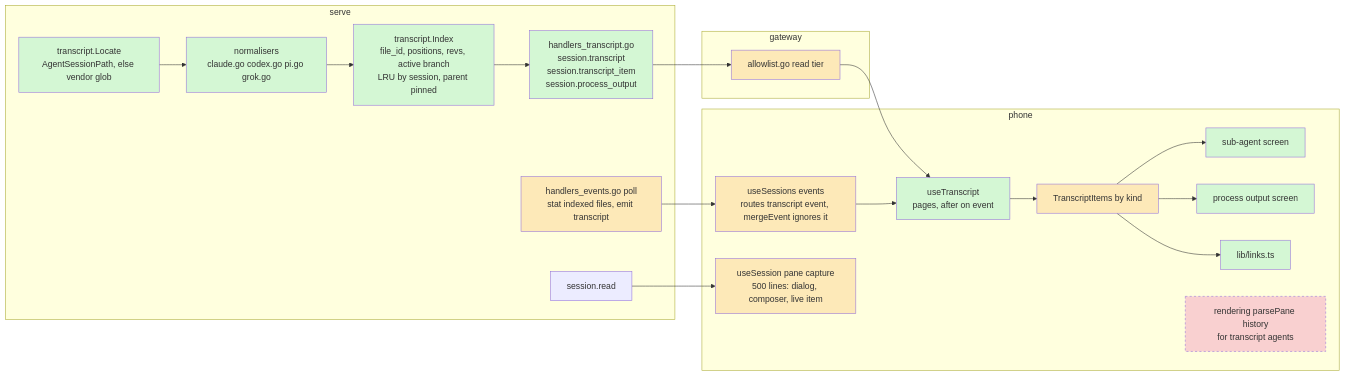
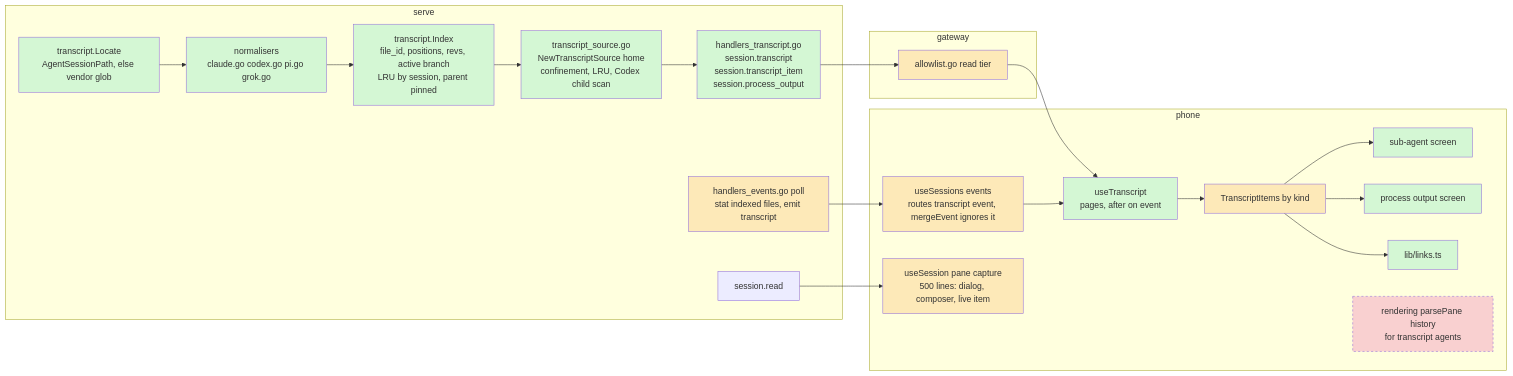
One commit to bouwerp/aiman changed the third of 5 diagrams in docs/specs/phone-transcript.md. Above: the diagram before and after it, drawn with Mermaid. The commit also changed other lines of this file and 6 other files, not shown here.

````diff
--- a/docs/specs/phone-transcript.md
+++ b/docs/specs/phone-transcript.md
@@ -189,35 +189,36 @@
 ```mermaid
 flowchart LR
     classDef new fill:#d4f7d4
     classDef changed fill:#fde9b8
     classDef removed stroke-dasharray:4,fill:#f9d0d0
 
     subgraph serve
         Locate[transcript.Locate<br/>AgentSessionPath, else vendor glob]:::new
         Norm[normalisers<br/>claude.go codex.go pi.go grok.go]:::new
         Index[transcript.Index<br/>file_id, positions, revs, active branch<br/>LRU by session, parent pinned]:::new
         RPC[handlers_transcript.go<br/>session.transcript<br/>session.transcript_item<br/>session.process_output]:::new
         Stream[handlers_events.go poll<br/>stat indexed files, emit transcript]:::changed
         Read[session.read]
-        Locate --> Norm --> Index --> RPC
+        Source[transcript_source.go<br/>NewTranscriptSource home<br/>confinement, LRU, Codex child scan]:::new
+        Locate --> Norm --> Index --> Source --> RPC
     end
     subgraph gateway
         Allow[allowlist.go read tier]:::changed
     end
     subgraph phone
         UT[useTranscript<br/>pages, after on event]:::new
         Ev[useSessions events<br/>routes transcript event, mergeEvent ignores it]:::changed
         Tail[useSession pane capture<br/>500 lines: dialog, composer, live item]:::changed
         Items[TranscriptItems by kind]:::changed
         Sub[sub-agent screen]:::new
         Proc[process output screen]:::new
         Links[lib/links.ts]:::new
         Regex[rendering parsePane history<br/>for transcript agents]:::removed
     end
     RPC --> Allow --> UT --> Items
     Stream --> Ev --> UT
     Read --> Tail
     Items --> Sub
     Items --> Proc
     Items --> Links
 ```
````
